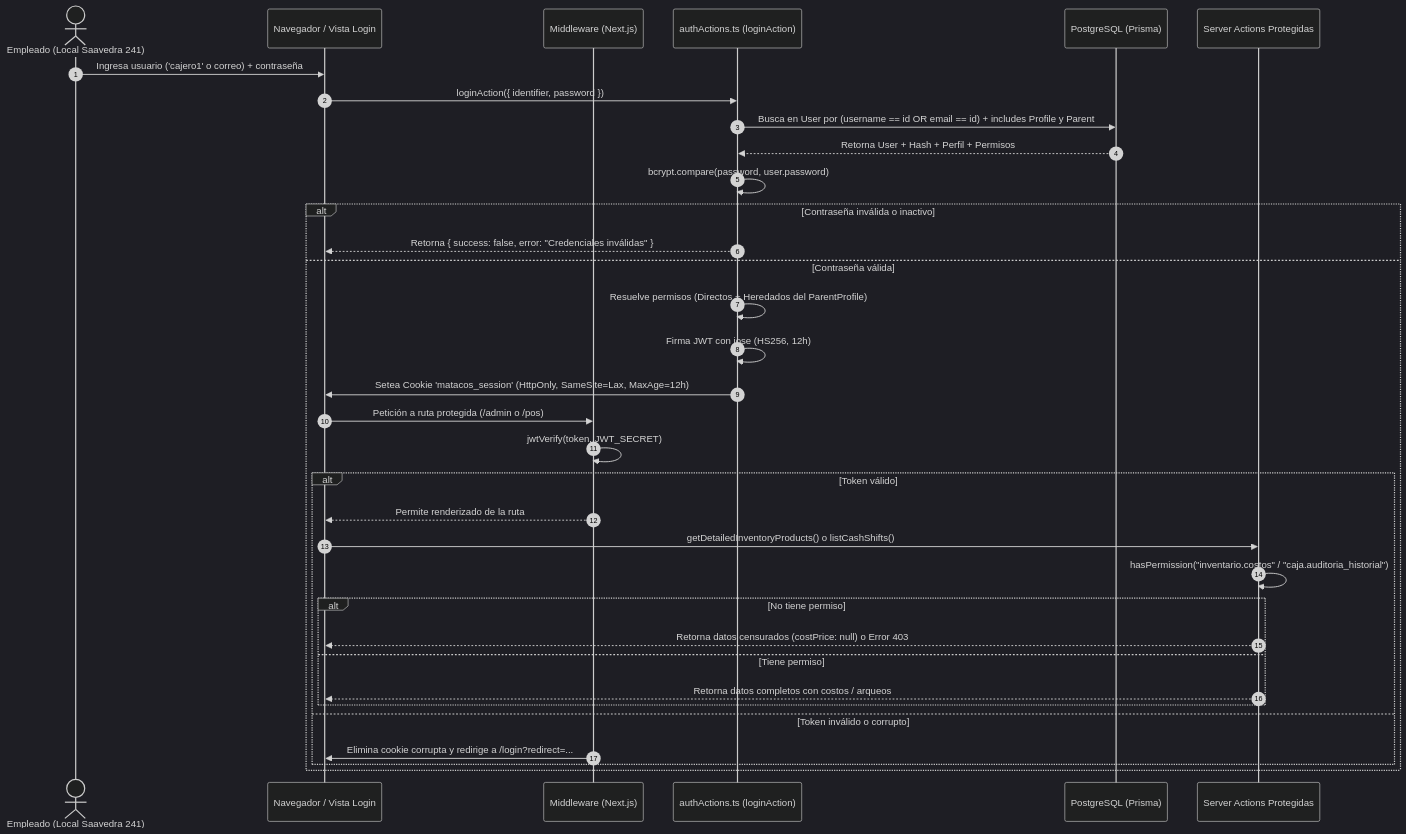
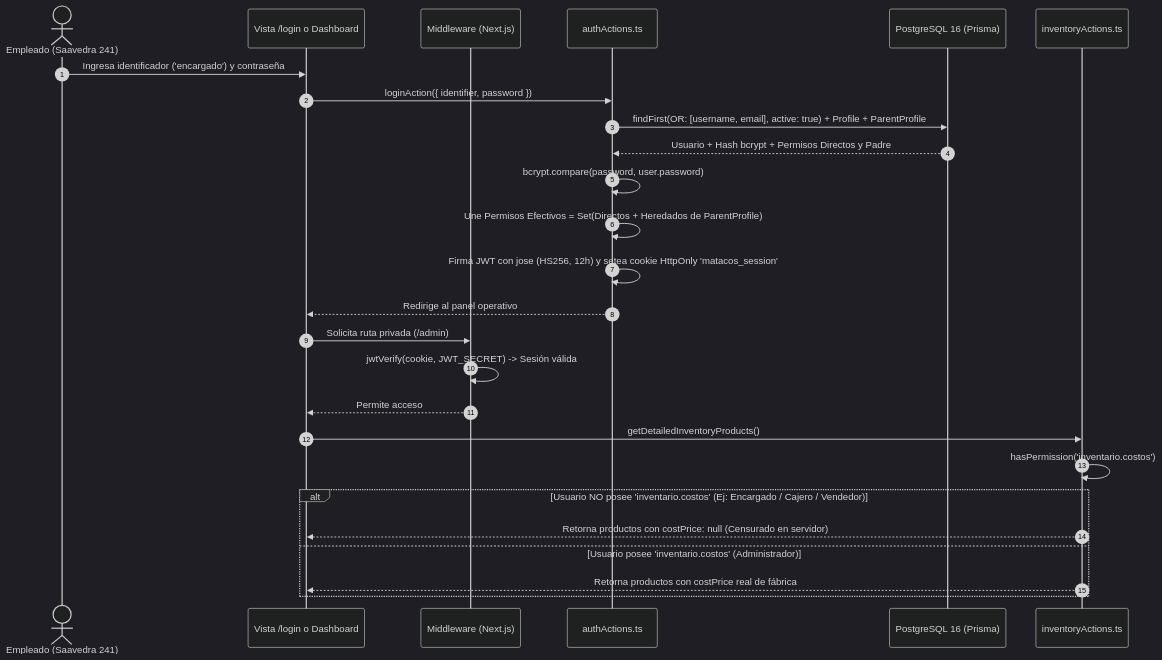
The diagram in docs/RF-23_Autenticacion_Hash_Control_Acceso_Roles.md (dellagnoloRA/matacos-deportes-app), drawn with Mermaid (dark theme) before and after one commit. The commit also changed other lines of this file and 39 other files, not shown here.

````diff
--- a/docs/RF-23_Autenticacion_Hash_Control_Acceso_Roles.md
+++ b/docs/RF-23_Autenticacion_Hash_Control_Acceso_Roles.md
@@ -134,37 +53,31 @@
 ```mermaid
 sequenceDiagram
     autonumber
-    actor Empleado as Empleado (Local Saavedra 241)
-    participant UI as Navegador / Vista Login
+    actor Empleado as Empleado (Saavedra 241)
+    participant UI as Vista /login o Dashboard
     participant MW as Middleware (Next.js)
-    participant Action as authActions.ts (loginAction)
-    participant DB as PostgreSQL (Prisma)
-    participant ServerAct as Server Actions Protegidas
+    participant Auth as authActions.ts
+    participant DB as PostgreSQL 16 (Prisma)
+    participant Inv as inventoryActions.ts
 
-    Empleado->>UI: Ingresa usuario ('cajero1' o correo) + contraseña
-    UI->>Action: loginAction({ identifier, password })
-    Action->>DB: Busca en User por (username == id OR email == id) + includes Profile y Parent
-    DB-->>Action: Retorna User + Hash + Perfil + Permisos
-    Action->>Action: bcrypt.compare(password, user.password)
-    alt Contraseña inválida o inactivo
-        Action-->>UI: Retorna { success: false, error: "Credenciales inválidas" }
-    else Contraseña válida
-        Action->>Action: Resuelve permisos (Directos + Heredados del ParentProfile)
-        Action->>Action: Firma JWT con jose (HS256, 12h)
-        Action->>UI: Setea Cookie 'matacos_session' (HttpOnly, SameSite=Lax, MaxAge=12h)
-        UI->>MW: Petición a ruta protegida (/admin o /pos)
-        MW->>MW: jwtVerify(token, JWT_SECRET)
-        alt Token válido
-            MW-->>UI: Permite renderizado de la ruta
-            UI->>ServerAct: getDetailedInventoryProducts() o listCashShifts()
-            ServerAct->>ServerAct: hasPermission("inventario.costos" / "caja.auditoria_historial")
-            alt No tiene permiso
-                ServerAct-->>UI: Retorna datos censurados (costPrice: null) o Error 403
-            else Tiene permiso
-                ServerAct-->>UI: Retorna datos completos con costos / arqueos
-            end
-        else Token inválido o corrupto
-            MW->>UI: Elimina cookie corrupta y redirige a /login?redirect=...
-        end
+    Empleado->>UI: Ingresa identificador ('encargado') y contraseña
+    UI->>Auth: loginAction({ identifier, password })
+    Auth->>DB: findFirst(OR: [username, email], active: true) + Profile + ParentProfile
+    DB-->>Auth: Usuario + Hash bcrypt + Permisos Directos y Padre
+    Auth->>Auth: bcrypt.compare(password, user.password)
+    Auth->>Auth: Une Permisos Efectivos = Set(Directos + Heredados de ParentProfile)
+    Auth->>Auth: Firma JWT con jose (HS256, 12h) y setea cookie HttpOnly 'matacos_session'
+    Auth-->>UI: Redirige al panel operativo
+
+    UI->>MW: Solicita ruta privada (/admin)
+    MW->>MW: jwtVerify(cookie, JWT_SECRET) -> Sesión válida
+    MW-->>UI: Permite acceso
+
+    UI->>Inv: getDetailedInventoryProducts()
+    Inv->>Inv: hasPermission('inventario.costos')
+    alt Usuario NO posee 'inventario.costos' (Ej: Encargado / Cajero / Vendedor)
+        Inv-->>UI: Retorna productos con costPrice: null (Censurado en servidor)
+    else Usuario posee 'inventario.costos' (Administrador)
+        Inv-->>UI: Retorna productos con costPrice real de fábrica
     end
 ```
````
